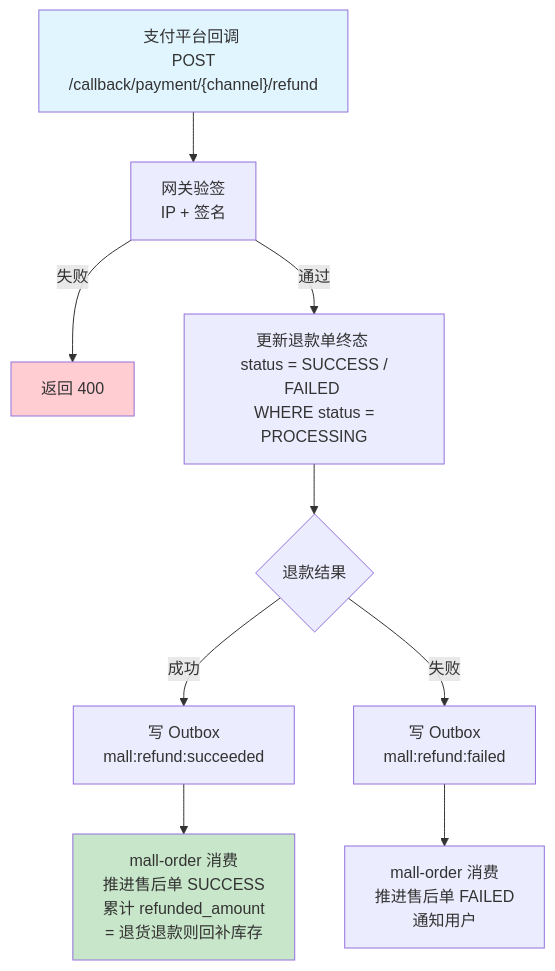
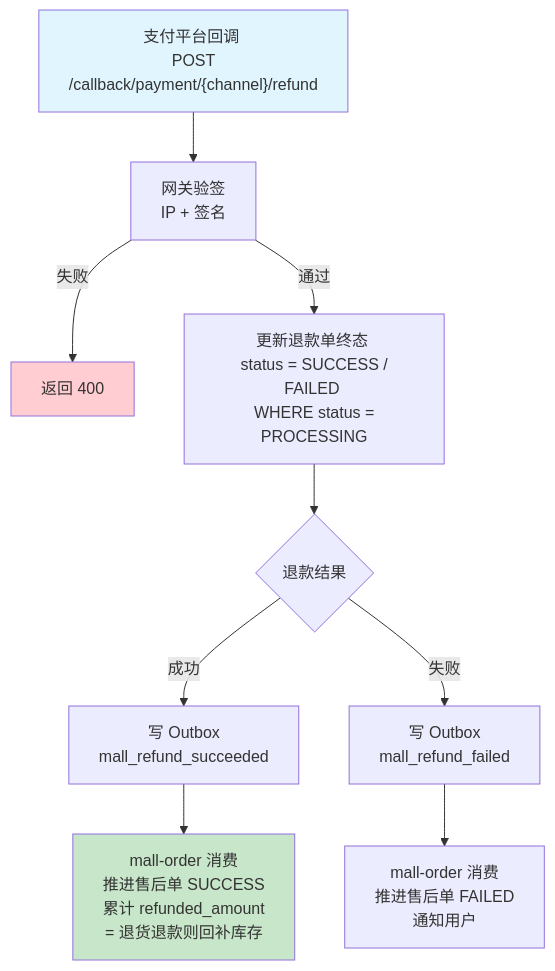
The seventh of 12 diagrams in docs/design/03_05_系统详细设计-核心业务详细流程.md (1016297824/JH-Mall), drawn with Mermaid before and after one commit. The commit also changed other lines of this file and 20 other files, not shown here.

````diff
--- a/docs/design/03_05_系统详细设计-核心业务详细流程.md
+++ b/docs/design/03_05_系统详细设计-核心业务详细流程.md
@@ -266,15 +266,15 @@
 ```mermaid
 graph TD
     A["支付平台回调 <br/> POST /callback/payment/{channel}/refund"] --> B["网关验签 <br/> IP + 签名"]
     B -->|"失败"| C["返回 400"]
     B -->|"通过"| D["更新退款单终态 <br/> status = SUCCESS / FAILED <br/> WHERE status = PROCESSING"]
     D --> E{"退款结果"}
-    E -->|"成功"| F["写 Outbox <br/> mall:refund:succeeded"]
-    E -->|"失败"| G["写 Outbox <br/> mall:refund:failed"]
+    E -->|"成功"| F["写 Outbox <br/> mall_refund_succeeded"]
+    E -->|"失败"| G["写 Outbox <br/> mall_refund_failed"]
     F --> H["mall-order 消费 <br/> 推进售后单 SUCCESS <br/> 累计 refunded_amount <br/> = 退货退款则回补库存"]
     G --> I["mall-order 消费 <br/> 推进售后单 FAILED <br/> 通知用户"]
 
     style A fill:#e1f5fe
     style H fill:#c8e6c9
     style C fill:#ffcdd2
 ```
````
